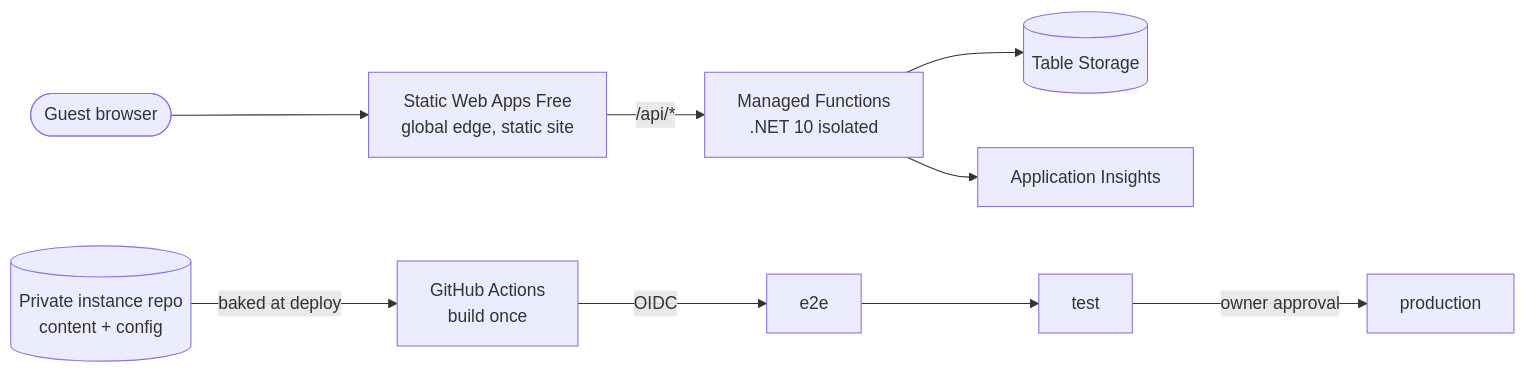
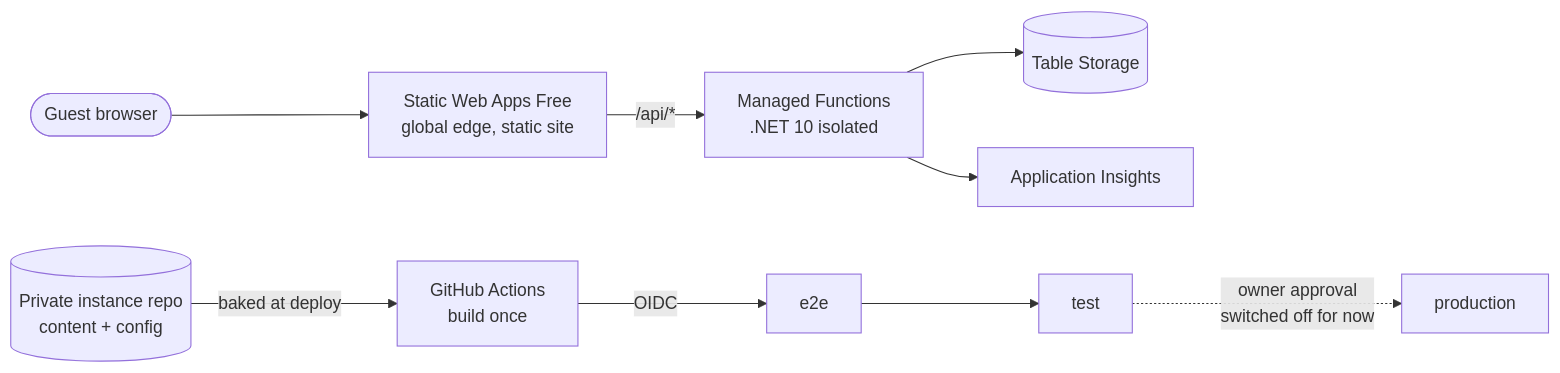
Before and after one commit to martinhauk/WeddingPlanner: the diagram in README.md, drawn with Mermaid. The commit also changed other lines of this file and 12 other files, not shown here.

First line of the commit message:
ci: switch production off until there is a customer (#123)

````diff
--- a/README.md
+++ b/README.md
@@ -35,9 +35,9 @@
 ```mermaid
 flowchart LR
   guest([Guest browser]) --> edge[Static Web Apps Free<br/>global edge, static site]
   edge -->|/api/*| api[Managed Functions<br/>.NET 10 isolated]
   api --> tables[(Table Storage)]
   api --> insights[Application Insights]
   instance[(Private instance repo<br/>content + config)] -->|baked at deploy| deploy
-  deploy[GitHub Actions<br/>build once] -->|OIDC| e2e[e2e] --> test[test] -->|owner approval| prod[production]
+  deploy[GitHub Actions<br/>build once] -->|OIDC| e2e[e2e] --> test[test] -.->|owner approval<br/>switched off for now| prod[production]
 ```
````
